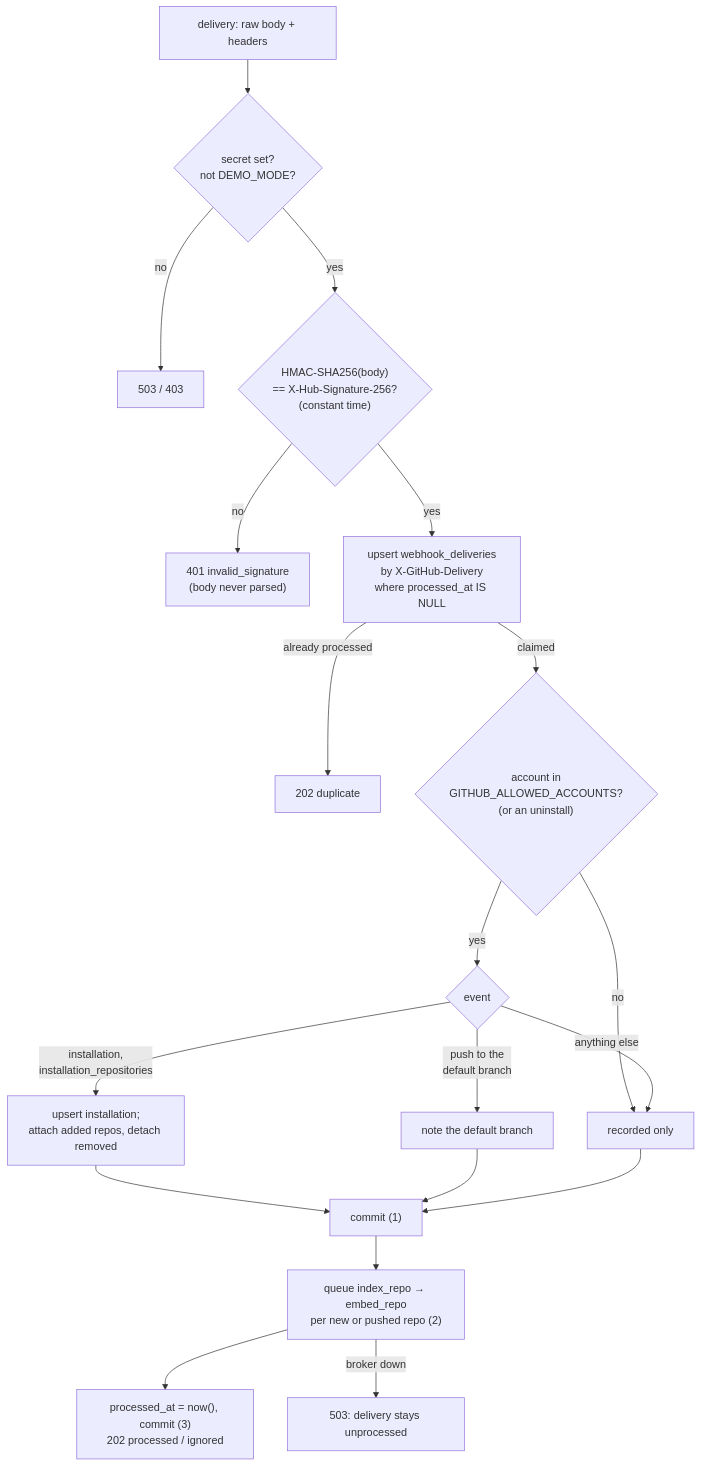
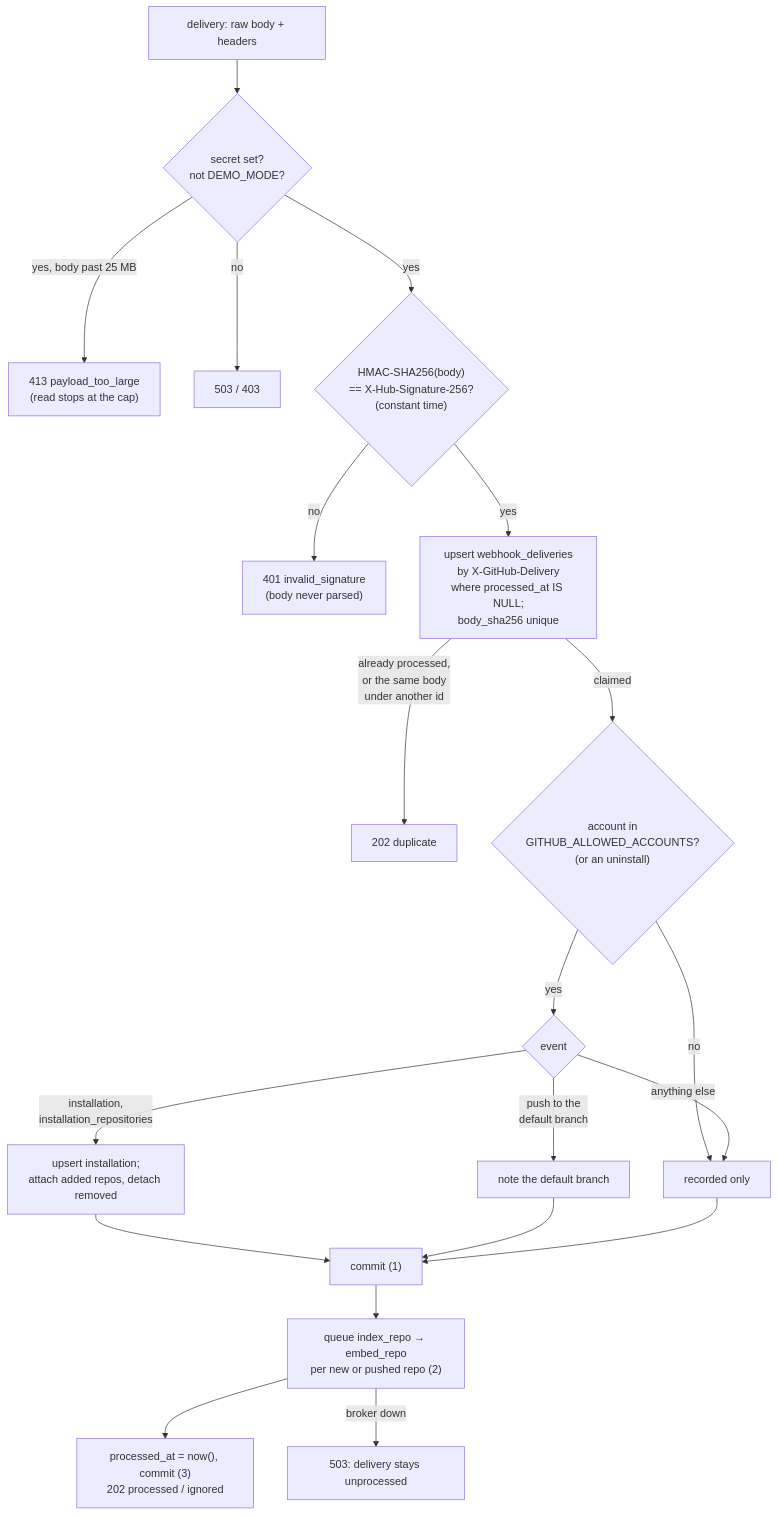
The ninth of 12 diagrams in architecture.md (RAIF-KARANI/codelens), drawn with Mermaid before and after one commit. The commit also changed other lines of this file and 31 other files, not shown here.

````diff
--- a/architecture.md
+++ b/architecture.md
@@ -1019,21 +1022,22 @@
 ```mermaid
 flowchart TB
     IN["delivery: raw body + headers"] --> CFG{"secret set?<br/>not DEMO_MODE?"}
+    CFG -- "yes, body past 25 MB" --> R413["413 payload_too_large<br/>(read stops at the cap)"]
     CFG -- no --> R503["503 / 403"]
     CFG -- yes --> SIG{"HMAC-SHA256(body)<br/>== X-Hub-Signature-256?<br/>(constant time)"}
     SIG -- no --> R401["401 invalid_signature<br/>(body never parsed)"]
-    SIG -- yes --> CLAIM["upsert webhook_deliveries<br/>by X-GitHub-Delivery<br/>where processed_at IS NULL"]
-    CLAIM -- "already processed" --> DUP["202 duplicate"]
+    SIG -- yes --> CLAIM["upsert webhook_deliveries<br/>by X-GitHub-Delivery<br/>where processed_at IS NULL;<br/>body_sha256 unique"]
+    CLAIM -- "already processed,<br/>or the same body<br/>under another id" --> DUP["202 duplicate"]
     CLAIM -- claimed --> ALLOW{"account in<br/>GITHUB_ALLOWED_ACCOUNTS?<br/>(or an uninstall)"}
     ALLOW -- no --> IGN
     ALLOW -- yes --> EV{"event"}
     EV -- "installation,<br/>installation_repositories" --> INST["upsert installation;<br/>attach added repos, detach removed"]
     EV -- "push to the<br/>default branch" --> PUSH["note the default branch"]
     EV -- "anything else" --> IGN["recorded only"]
     INST --> COMMIT["commit (1)"]
     PUSH --> COMMIT
     IGN --> COMMIT
     COMMIT --> JOBS["queue index_repo → embed_repo<br/>per new or pushed repo (2)"]
     JOBS --> DONE["processed_at = now(), commit (3)<br/>202 processed / ignored"]
     JOBS -- "broker down" --> R503Q["503: delivery stays unprocessed"]
 ```
````
